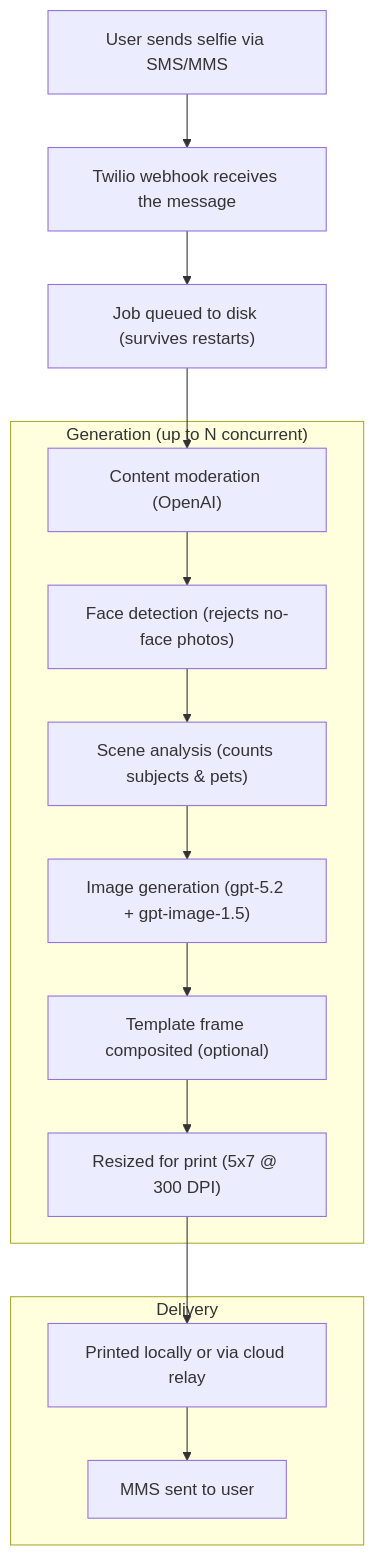
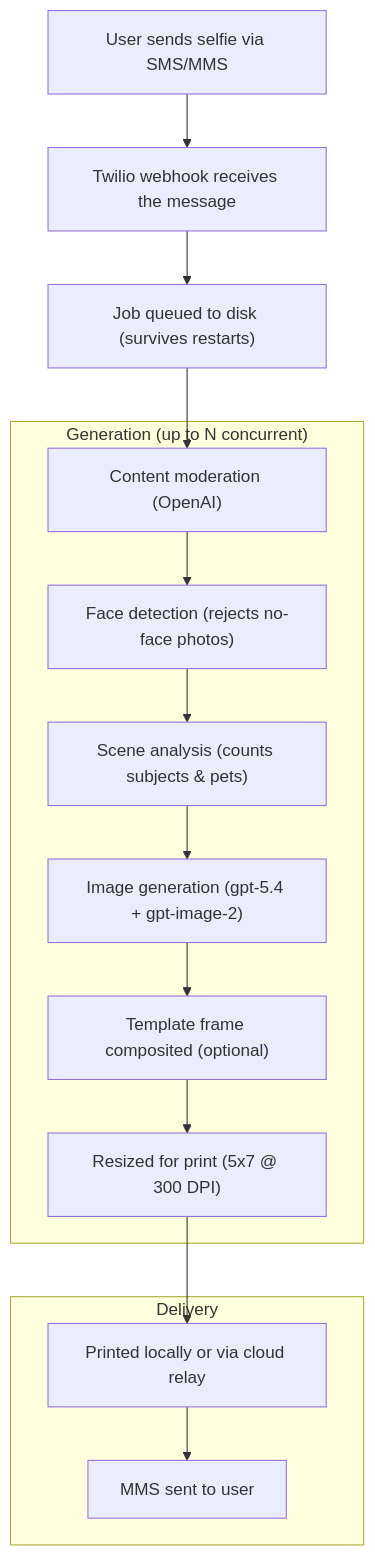
The diagram in README.md (agithony/twilio-cartoon-printer), drawn with Mermaid before and after one commit. The commit also changed other lines of this file and 3 other files, not shown here.

First line of the commit message:
Convert model settings to dropdowns; default image model to gpt-image-2

````diff
--- a/README.md
+++ b/README.md
@@ -7,24 +7,24 @@
 ```mermaid
 flowchart TB
   U["User sends selfie via SMS/MMS"] --> T["Twilio webhook receives the message"]
   T --> Q["Job queued to disk (survives restarts)"]
 
   subgraph G["Generation (up to N concurrent)"]
     M["Content moderation (OpenAI)"]
     F["Face detection (rejects no-face photos)"]
     A["Scene analysis (counts subjects & pets)"]
-    I["Image generation (gpt-5.2 + gpt-image-1.5)"]
+    I["Image generation (gpt-5.4 + gpt-image-2)"]
     C["Template frame composited (optional)"]
     R["Resized for print (5x7 @ 300 DPI)"]
     M --> F --> A --> I --> C --> R
   end
 
   Q --> M
 
   subgraph P["Delivery"]
     P1["Printed locally or via cloud relay"]
     P2["MMS sent to user"]
   end
 
   R --> P1 --> P2
 ```
````
